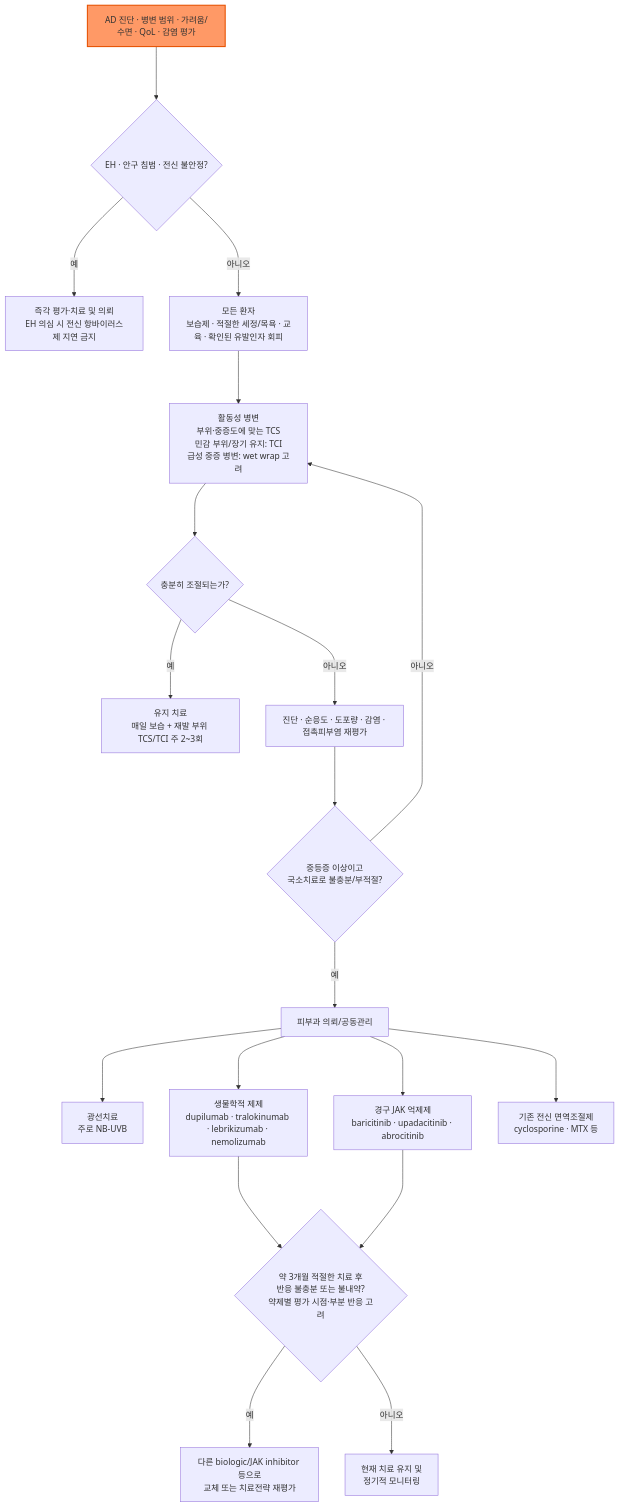
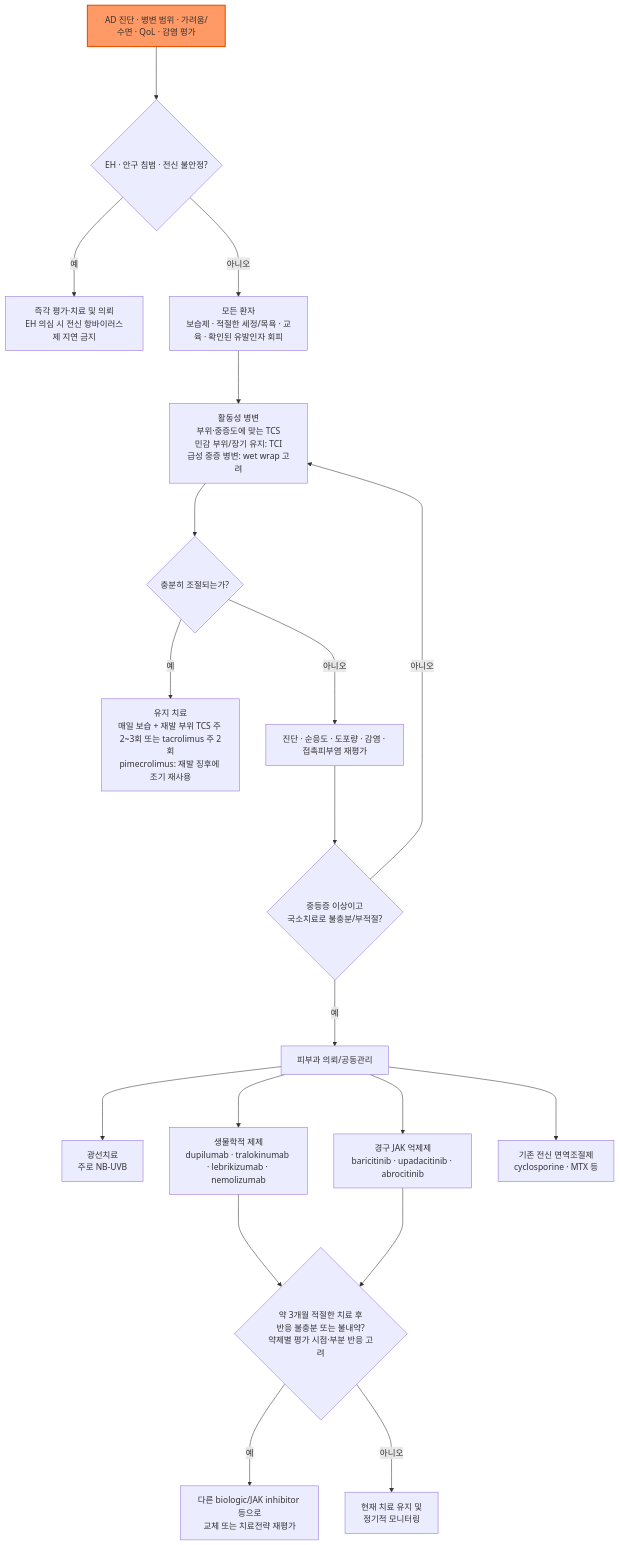
The diagram in 229_/158_-atopic-dermatitis.md (familyoh77/familyoh77), drawn with Mermaid before and after one commit. The commit also changed other lines of this file and 16 other files, not shown here.

````diff
--- a/229_/158_-atopic-dermatitis.md
+++ b/229_/158_-atopic-dermatitis.md
@@ -147,22 +150,22 @@
 ```mermaid
 flowchart TD
     A[AD 진단 · 병변 범위 · 가려움/수면 · QoL · 감염 평가] ---> R{EH · 안구 침범 · 전신 불안정?}
     R -- 예 ---> S[즉각 평가·치료 및 의뢰<br/>EH 의심 시 전신 항바이러스제 지연 금지]
     R -- 아니오 ---> B[모든 환자<br/>보습제 · 적절한 세정/목욕 · 교육 · 확인된 유발인자 회피]
     B ---> C[활동성 병변<br/>부위·중증도에 맞는 TCS<br/>민감 부위/장기 유지: TCI<br/>급성 중증 병변: wet wrap 고려]
     C ---> D{충분히 조절되는가?}
-    D --->|예| E[유지 치료<br/>매일 보습 + 재발 부위 TCS/TCI 주 2~3회]
+    D --->|예| E[유지 치료<br/>매일 보습 + 재발 부위 TCS 주 2~3회 또는 tacrolimus 주 2회<br/>pimecrolimus: 재발 징후에 조기 재사용]
     D --->|아니오| F[진단 · 순응도 · 도포량 · 감염 · 접촉피부염 재평가]
     F ---> G{중등증 이상이고<br/>국소치료로 불충분/부적절?}
     G --->|아니오| C
     G --->|예| H[피부과 의뢰/공동관리]
     H ---> I[광선치료<br/>주로 NB-UVB]
     H ---> J[생물학적 제제<br/>dupilumab · tralokinumab · lebrikizumab · nemolizumab]
     H ---> K[경구 JAK 억제제<br/>baricitinib · upadacitinib · abrocitinib]
     H ---> L[기존 전신 면역조절제<br/>cyclosporine · MTX 등]
     J ---> M{약 3개월 적절한 치료 후<br/>반응 불충분 또는 불내약?<br/>약제별 평가 시점·부분 반응 고려}
     K ---> M
     M --->|예| N[다른 biologic/JAK inhibitor 등으로<br/>교체 또는 치료전략 재평가]
     M --->|아니오| O[현재 치료 유지 및<br/>정기적 모니터링]
     style A fill:#f96,stroke:#e65100,stroke-width:2px
 ```
````
